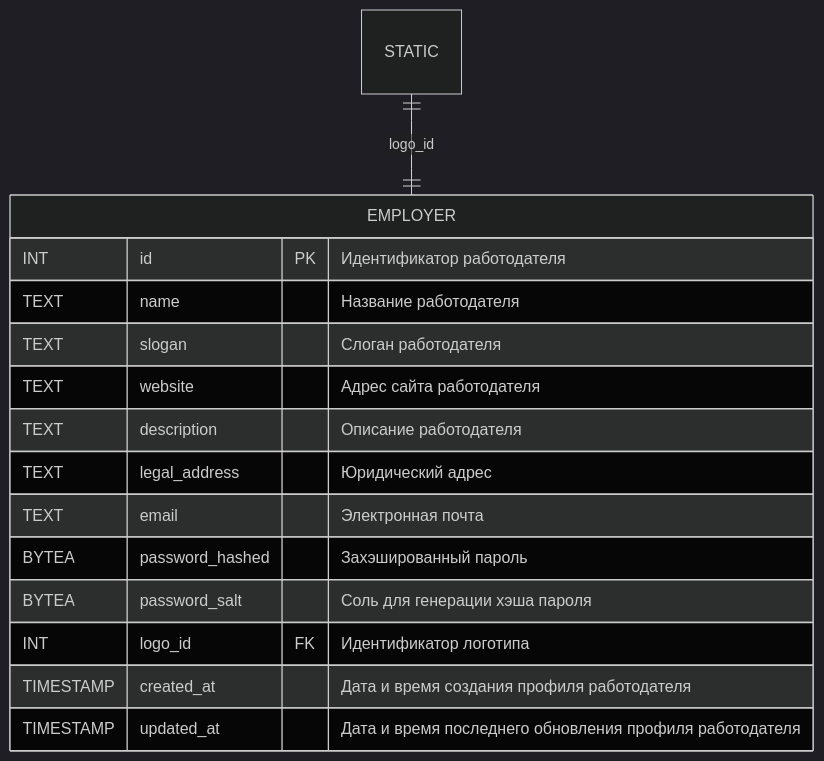
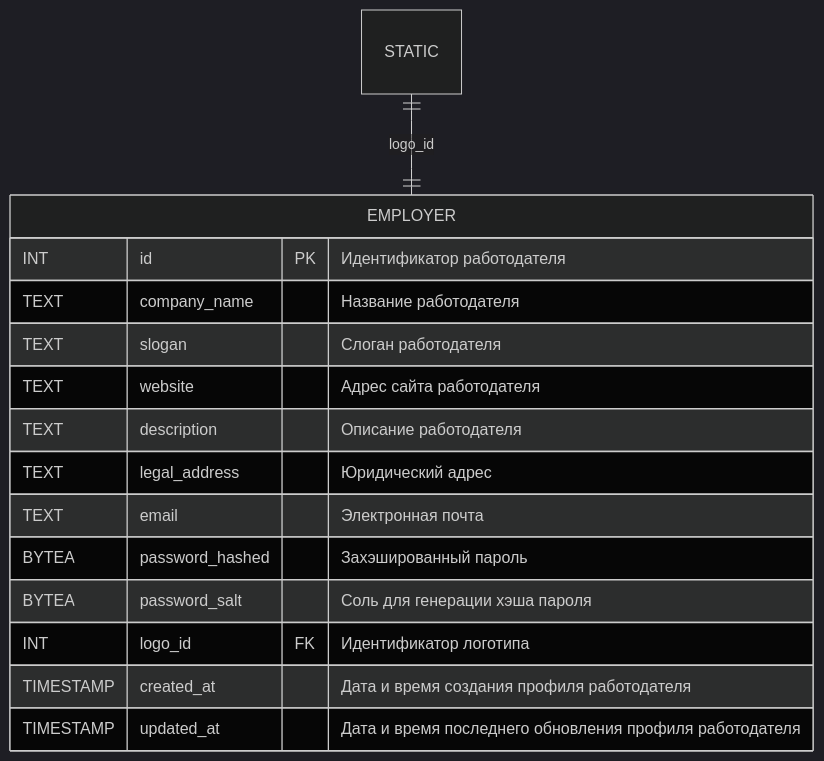
Before and after one commit to go-park-mail-ru/2025_1_Orange: the fifth of 18 diagrams in db/normalized/relations.md, drawn with Mermaid (dark theme). The commit also changed other lines of this file and 2 other files, not shown here.

Commit message:
Fixed naming.

````diff
--- a/db/normalized/relations.md
+++ b/db/normalized/relations.md
@@ -179,18 +179,18 @@
 ```mermaid
 erDiagram
     EMPLOYER {
         INT id PK "Идентификатор работодателя"
-        TEXT name "Название работодателя"
+        TEXT company_name "Название работодателя"
         TEXT slogan "Слоган работодателя"
         TEXT website "Адрес сайта работодателя"
         TEXT description "Описание работодателя"
         TEXT legal_address "Юридический адрес"
         TEXT email "Электронная почта"
         BYTEA password_hashed "Захэшированный пароль"
         BYTEA password_salt "Соль для генерации хэша пароля"
         INT logo_id FK "Идентификатор логотипа"
         TIMESTAMP created_at "Дата и время создания профиля работодателя"
         TIMESTAMP updated_at "Дата и время последнего обновления профиля работодателя"
     }
     STATIC ||--|| EMPLOYER : "logo_id"
 ```
````
